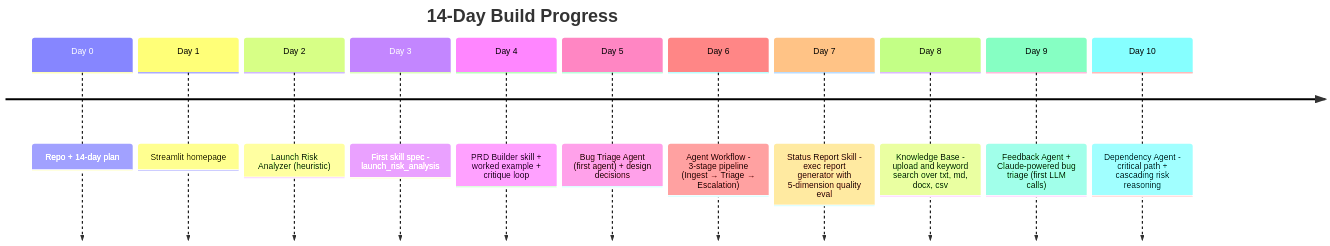
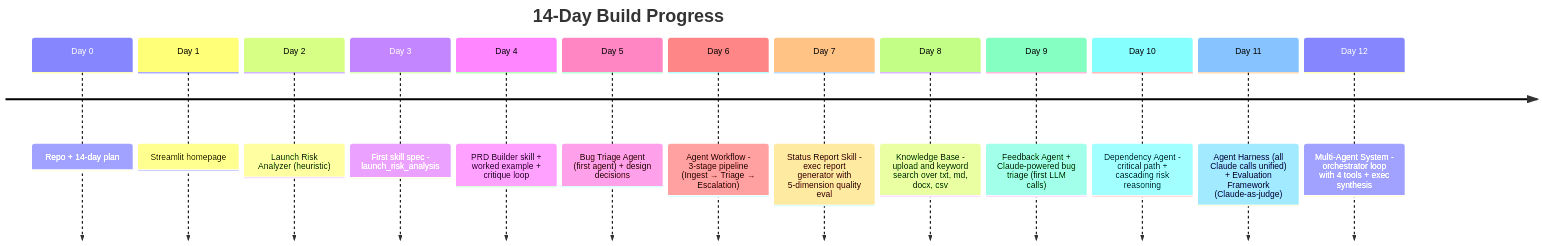
The first of 2 diagrams in README.md (shwsingh/pm-tpm-ai-tools), drawn with Mermaid before and after one commit. The commit also changed other lines of this file and 3 other files, not shown here.

First line of the commit message:
Update docs: progress tracker, design decisions, anti-patterns, architecture diagram

````diff
--- a/README.md
+++ b/README.md
@@ -84,15 +84,17 @@
 ```mermaid
 timeline
     title 14-Day Build Progress
     Day 0  : Repo + 14-day plan
     Day 1  : Streamlit homepage
     Day 2  : Launch Risk Analyzer (heuristic)
     Day 3  : First skill spec - launch_risk_analysis
     Day 4  : PRD Builder skill + worked example + critique loop
     Day 5  : Bug Triage Agent (first agent) + design decisions
     Day 6  : Agent Workflow - 3-stage pipeline (Ingest → Triage → Escalation)
     Day 7  : Status Report Skill - exec report generator with 5-dimension quality eval
     Day 8  : Knowledge Base - upload and keyword search over txt, md, docx, csv
     Day 9  : Feedback Agent + Claude-powered bug triage (first LLM calls)
     Day 10 : Dependency Agent - critical path + cascading risk reasoning
+    Day 11 : Agent Harness (all Claude calls unified) + Evaluation Framework (Claude-as-judge)
+    Day 12 : Multi-Agent System - orchestrator loop with 4 tools + exec synthesis
 ```
````
